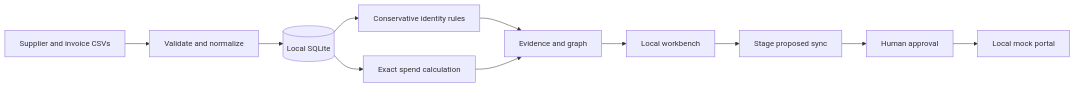
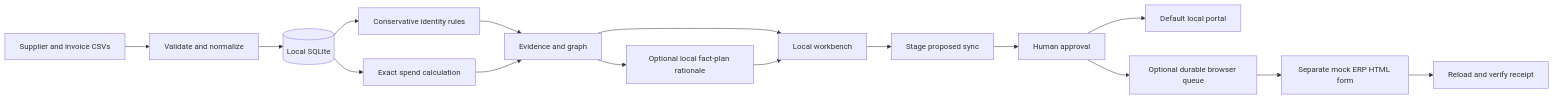
Before and after one commit to vishalk2712/enterprise-ai-execution-framework: the diagram in README.md, drawn with Mermaid. The commit also changed other lines of this file and 1 other file, not shown here.

Commit message:
Release v0.5 verified browser execution and factual group explanations [skip ci]

````diff
--- a/README.md
+++ b/README.md
@@ -102,13 +110,18 @@
 ```mermaid
 flowchart LR
     CSV[Supplier and invoice CSVs] --> V[Validate and normalize]
     V --> S[(Local SQLite)]
     S --> R[Conservative identity rules]
     S --> D[Exact spend calculation]
     R --> E[Evidence and graph]
     D --> E
     E --> UI[Local workbench]
     UI --> P[Stage proposed sync]
     P --> A[Human approval]
-    A --> M[Local mock portal]
+    A --> M[Default local portal]
+    A --> Q[Optional durable browser queue]
+    Q --> ERP[Separate mock ERP HTML form]
+    ERP --> RC[Reload and verify receipt]
+    E --> RA[Optional local fact-plan rationale]
+    RA --> UI
 ```
````
